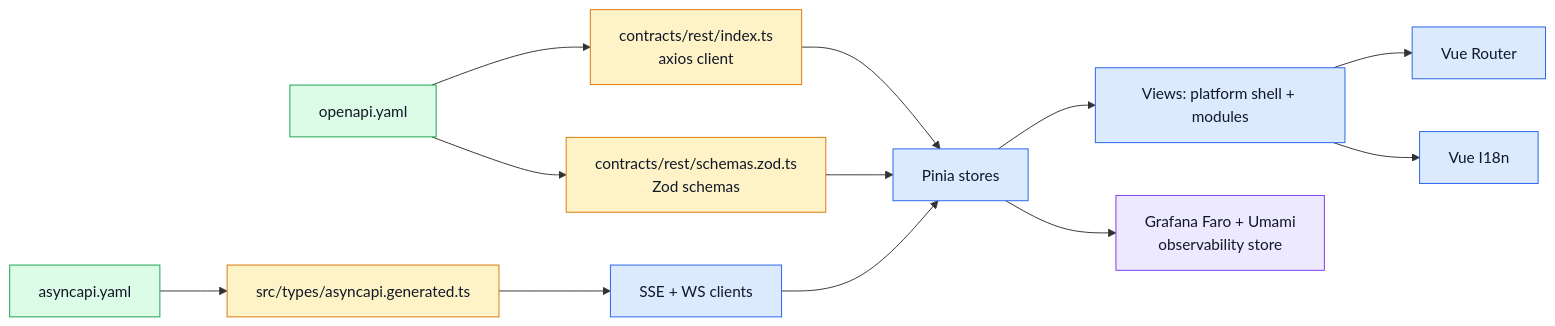
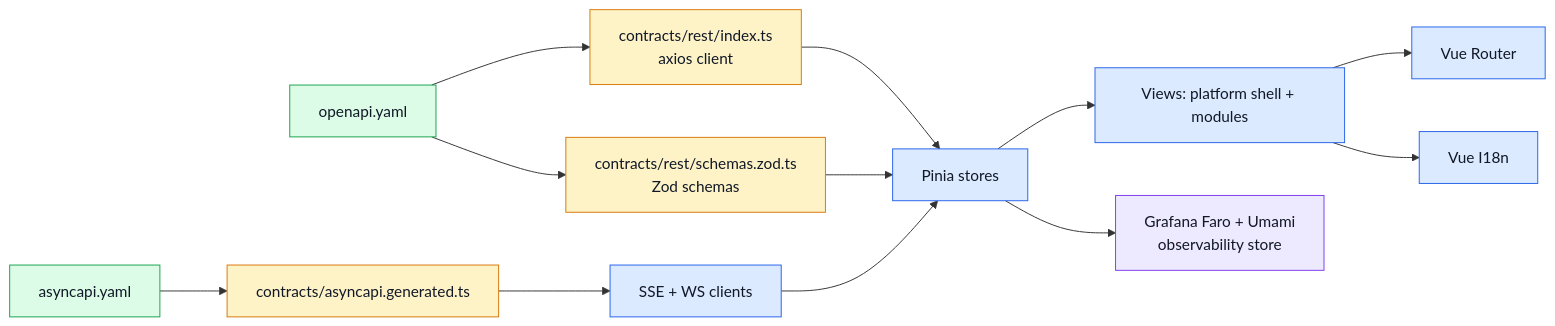
Before and after one commit to Guebbit/boilerplate-vue-frontend: the second of 2 diagrams in docs/index.md, drawn with Mermaid. The commit also changed 31 other files, not shown here.

````diff
--- a/docs/index.md
+++ b/docs/index.md
@@ -100,26 +100,26 @@
 ```mermaid
 %%{init: {'flowchart': {'nodeSpacing': 55, 'rankSpacing': 70}}}%%
 flowchart LR
     OpenSpec[openapi.yaml] --> Client[contracts/rest/index.ts\naxios client]
     OpenSpec --> Schemas[contracts/rest/schemas.zod.ts\nZod schemas]
-    AsyncSpec[asyncapi.yaml] --> Realtime[src/types/asyncapi.generated.ts]
+    AsyncSpec[asyncapi.yaml] --> Realtime[contracts/asyncapi.generated.ts]
 
     Client --> Stores[Pinia stores]
     Schemas --> Stores
     Stores --> Views[Views: platform shell + modules]
     Views --> Router[Vue Router]
     Views --> I18N[Vue I18n]
     Realtime --> RTClients[SSE + WS clients]
     RTClients --> Stores
 
     Stores --> Obs[Grafana Faro + Umami\nobservability store]
 
     classDef contract fill:#dcfce7,stroke:#16a34a,color:#111827;
     classDef generated fill:#fef3c7,stroke:#d97706,color:#111827;
     classDef app fill:#dbeafe,stroke:#2563eb,color:#111827;
     classDef obs fill:#ede9fe,stroke:#7c3aed,color:#111827;
     class OpenSpec,AsyncSpec contract;
     class Client,Schemas,Realtime generated;
     class Stores,Views,Router,I18N,RTClients app;
     class Obs obs;
 ```
````
